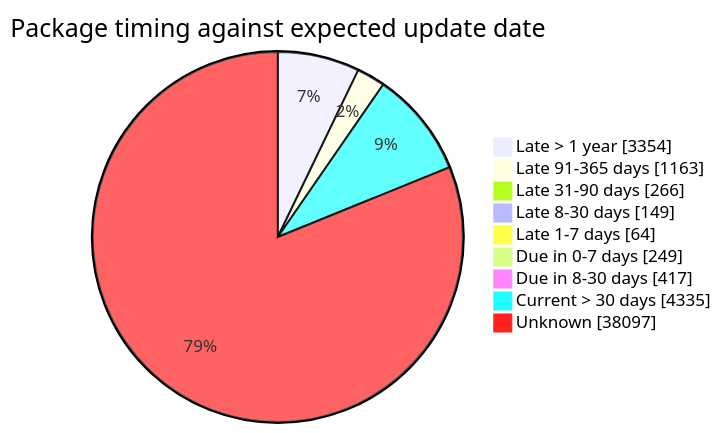
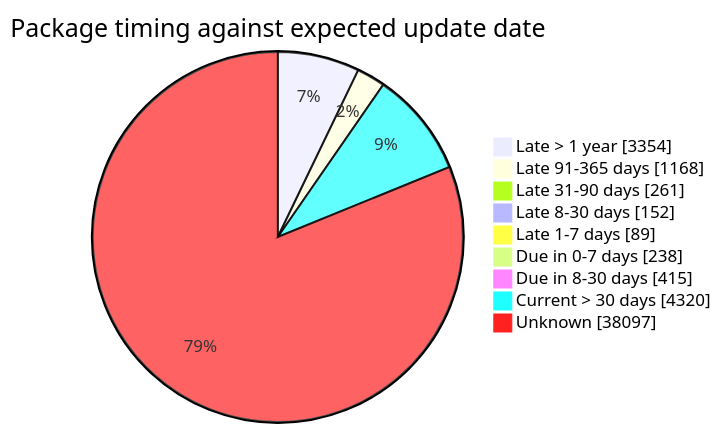
The fourth of 5 diagrams in FreshCheck/README.md (open-data/analytics-corporate-reporting), drawn with Mermaid before and after one commit. The commit also changed other lines of this file and 3 other files, not shown here.

````diff
--- a/FreshCheck/README.md
+++ b/FreshCheck/README.md
@@ -86,12 +86,12 @@
 ```mermaid
 pie showData title Package timing against expected update date
     "Late > 1 year": 3354
-    "Late 91-365 days": 1163
-    "Late 31-90 days": 266
-    "Late 8-30 days": 149
-    "Late 1-7 days": 64
-    "Due in 0-7 days": 249
-    "Due in 8-30 days": 417
-    "Current > 30 days": 4335
+    "Late 91-365 days": 1168
+    "Late 31-90 days": 261
+    "Late 8-30 days": 152
+    "Late 1-7 days": 89
+    "Due in 0-7 days": 238
+    "Due in 8-30 days": 415
+    "Current > 30 days": 4320
     "Unknown": 38097
 ```
````
